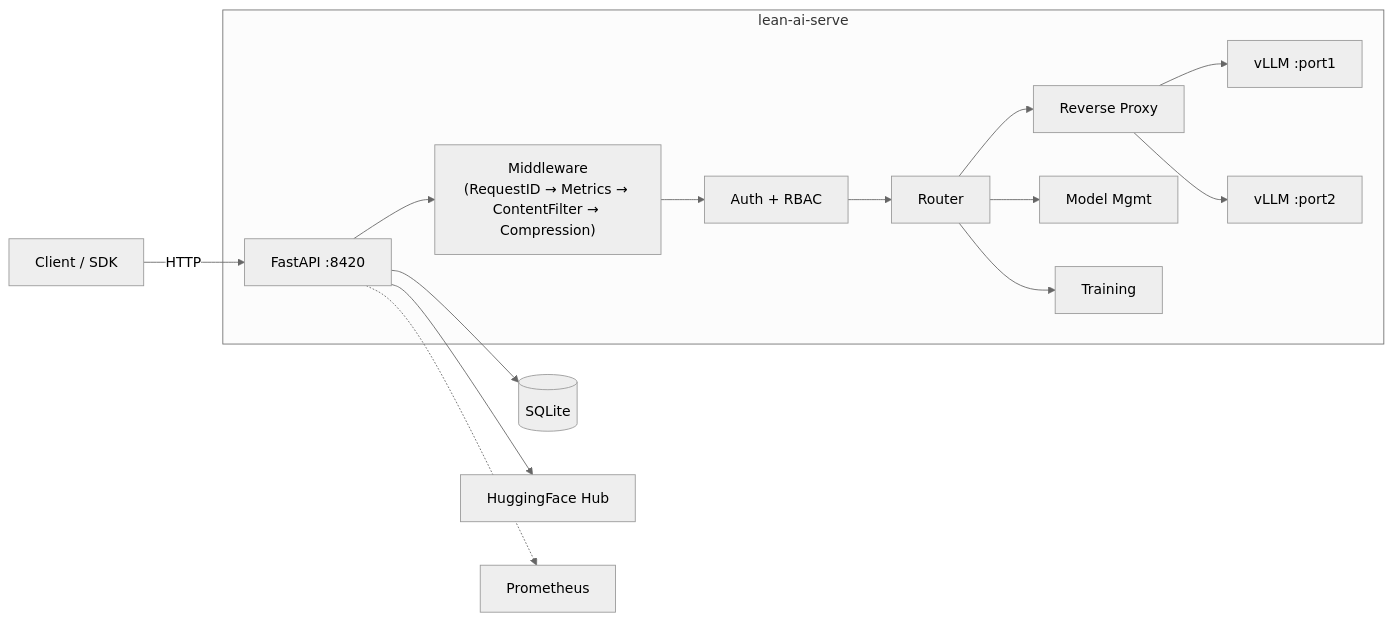
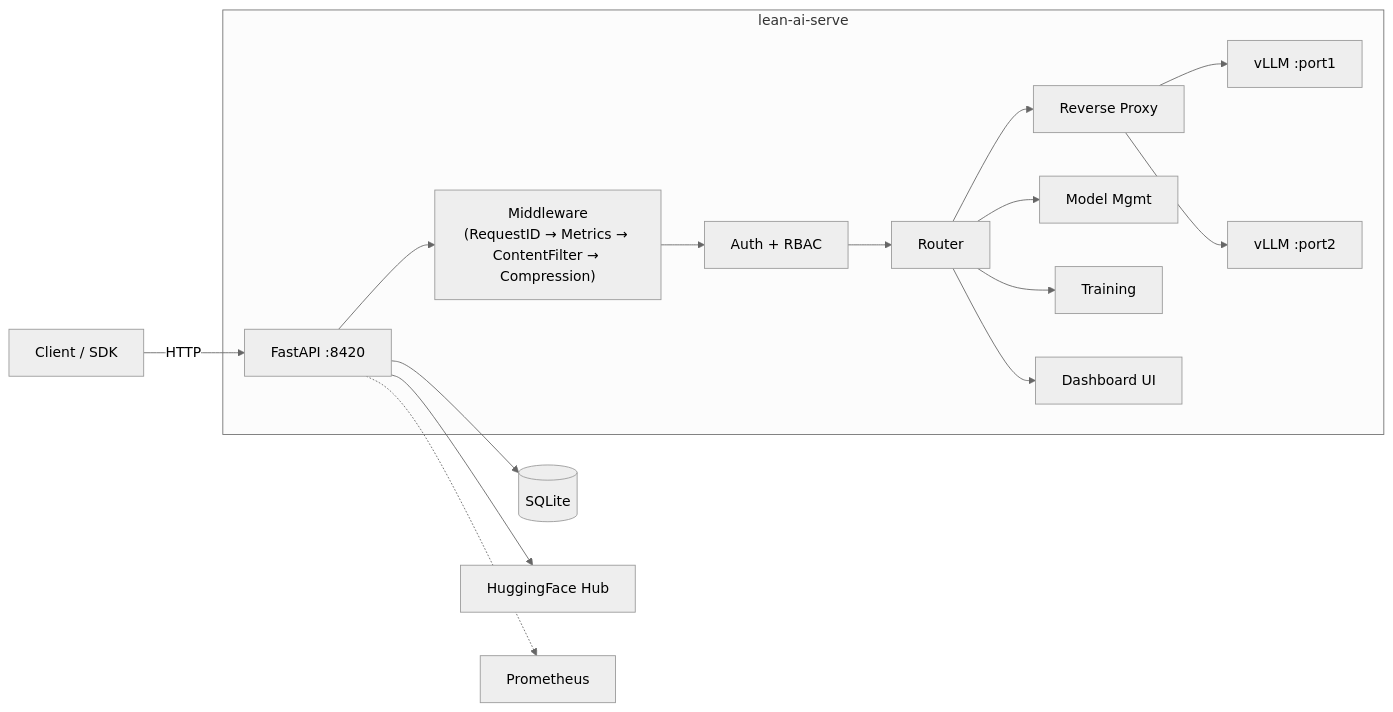
One commit to shunobies/lean-ai-serve changed the diagram in README.md. Above: the diagram before and after it, drawn with Mermaid (neutral theme). The commit also changed other lines of this file and 6 other files, not shown here.

````diff
--- a/README.md
+++ b/README.md
@@ -30,20 +31,21 @@
 ```mermaid
 graph LR
     Client["Client / SDK"] -->|HTTP| Server["FastAPI :8420"]
 
     subgraph lean-ai-serve
         Server --> MW["Middleware<br/>(RequestID → Metrics → ContentFilter → Compression)"]
         MW --> Auth["Auth + RBAC"]
         Auth --> Router["Router"]
         Router --> Proxy["Reverse Proxy"]
         Router --> Models["Model Mgmt"]
         Router --> Training["Training"]
+        Router --> Dash["Dashboard UI"]
 
         Proxy --> vLLM1["vLLM :port1"]
         Proxy --> vLLM2["vLLM :port2"]
     end
 
     Server --> SQLite[("SQLite")]
     Server --> HF["HuggingFace Hub"]
     Server -.-> Prom["Prometheus"]
 ```
````
